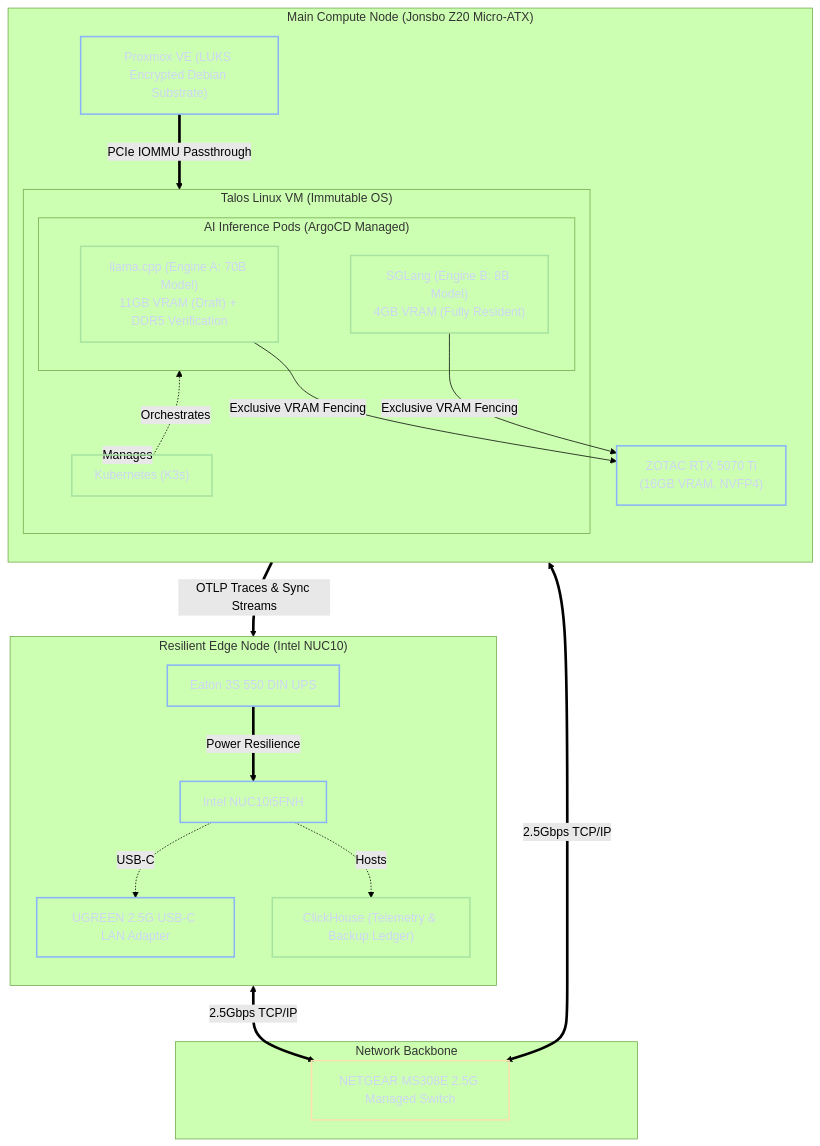
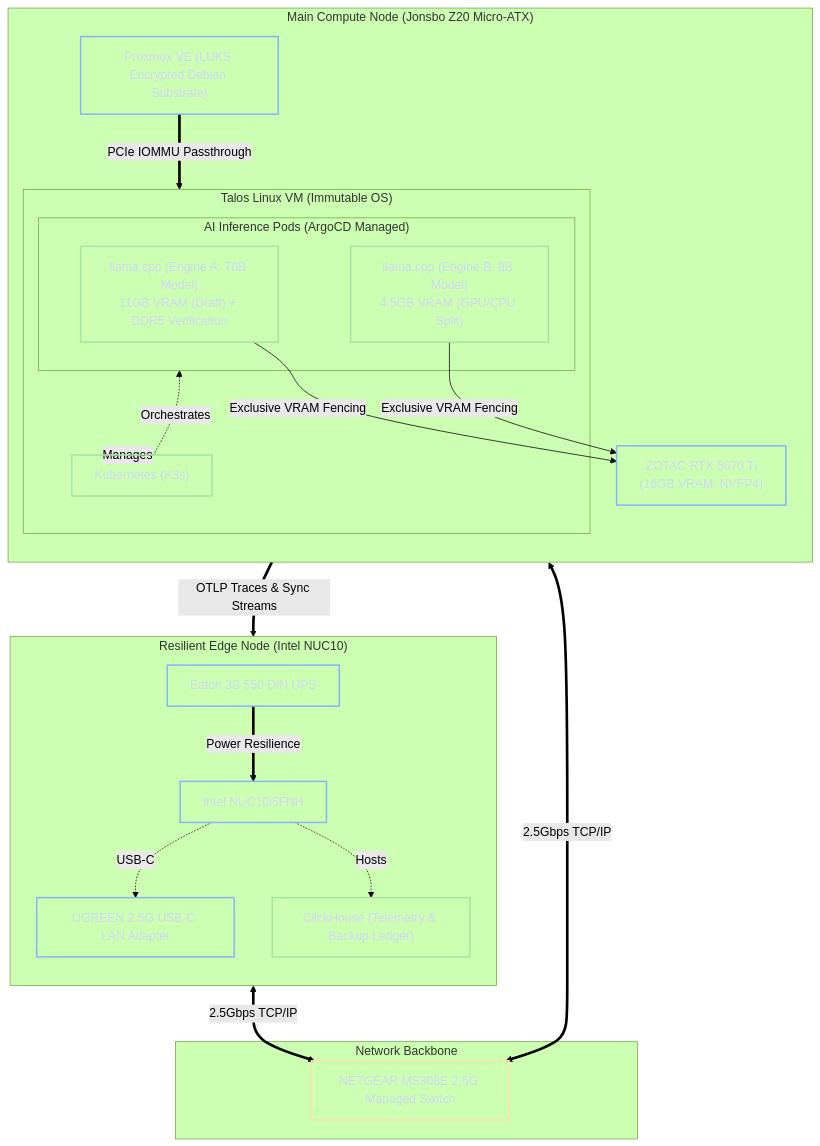
Before and after one commit to foersben/janus-synapse-edge: the diagram in docs/00. Architecture Overview & Constraints Strategy.md, drawn with Mermaid (forest theme). The commit also changed other lines of this file and 8 other files, not shown here.

````diff
--- a/docs/00. Architecture Overview & Constraints Strategy.md
+++ b/docs/00. Architecture Overview & Constraints Strategy.md
@@ -80,54 +80,54 @@
 ```mermaid
 flowchart TD
     %% Styling Definitions
     classDef hardware fill:transparent,stroke:#89b4fa,stroke-width:2px,color:#cdd6f4
     classDef software fill:transparent,stroke:#a6e3a1,stroke-width:2px,color:#cdd6f4
     classDef network fill:transparent,stroke:#f9e2af,stroke-width:2px,color:#cdd6f4
 
     subgraph MainCompute["Main Compute Node (Jonsbo Z20 Micro-ATX)"]
         direction TB
         Proxmox["Proxmox VE (LUKS Encrypted Debian Substrate)"]:::hardware
 
         subgraph TalosVM["Talos Linux VM (Immutable OS)"]
             K3s["Kubernetes (K3s)"]:::software
 
             subgraph AI_Pods["AI Inference Pods (ArgoCD Managed)"]
                 llama_cpp["llama.cpp (Engine A: 70B Model)<br/>11GB VRAM (Draft) + DDR5 Verification"]:::software
-                SGLang["SGLang (Engine B: 8B Model)<br/>4GB VRAM (Fully Resident)"]:::software
+                EngineB["llama.cpp (Engine B: 8B Model)<br/>4.5GB VRAM (GPU/CPU Split)"]:::software
             end
         end
 
         GPU["ZOTAC RTX 5070 Ti<br/>(16GB VRAM, NVFP4)"]:::hardware
 
         %% Connections inside Main Compute
         Proxmox == "PCIe IOMMU Passthrough" ==> TalosVM
         TalosVM -. "Manages" .-> K3s
         K3s -. "Orchestrates" .-> AI_Pods
         llama_cpp -- "Exclusive VRAM Fencing" --> GPU
-        SGLang -- "Exclusive VRAM Fencing" --> GPU
+        EngineB -- "Exclusive VRAM Fencing" --> GPU
     end
 
     subgraph Network["Network Backbone"]
         Switch["NETGEAR MS308E 2.5G Managed Switch"]:::network
     end
 
     subgraph EdgeNode["Resilient Edge Node (Intel NUC10)"]
         direction TB
         EatonUPS["Eaton 3S 550 DIN UPS"]:::hardware
         NUC["Intel NUC10i5FNH"]:::hardware
         Adapter["UGREEN 2.5G USB-C LAN Adapter"]:::hardware
         ClickHouse["ClickHouse (Telemetry & Backup Ledger)"]:::software
 
         %% Connections inside Edge Node
         EatonUPS == "Power Resilience" ==> NUC
         NUC -. "USB-C" .-> Adapter
         NUC -. "Hosts" .-> ClickHouse
     end
 
     %% External Connections
     MainCompute <== "2.5Gbps TCP/IP" ==> Switch
     Adapter <== "2.5Gbps TCP/IP" ==> Switch
 
     %% Logical Interactions
     AI_Pods == "OTLP Traces & Sync Streams" ==> ClickHouse
 ```
````
